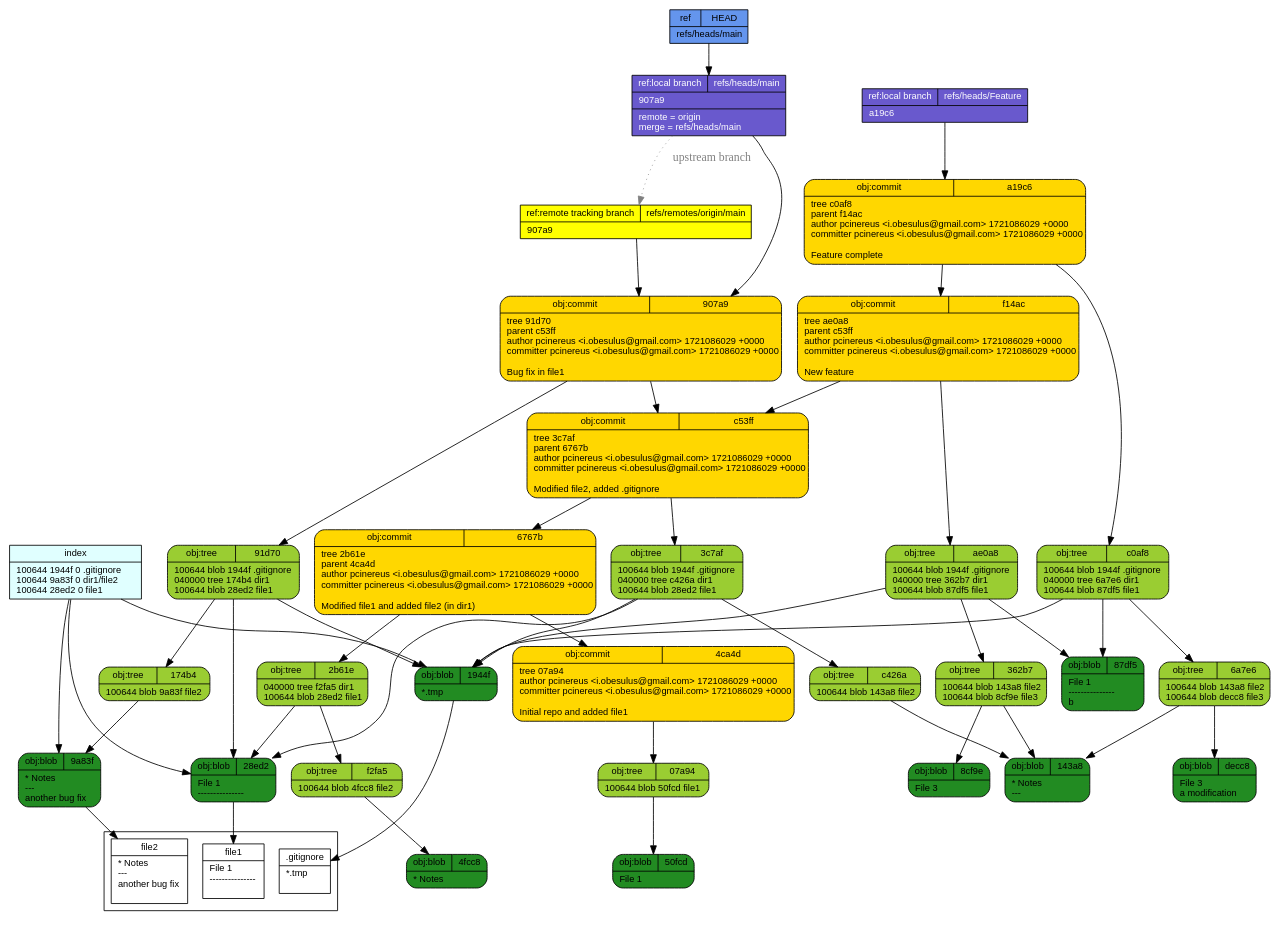
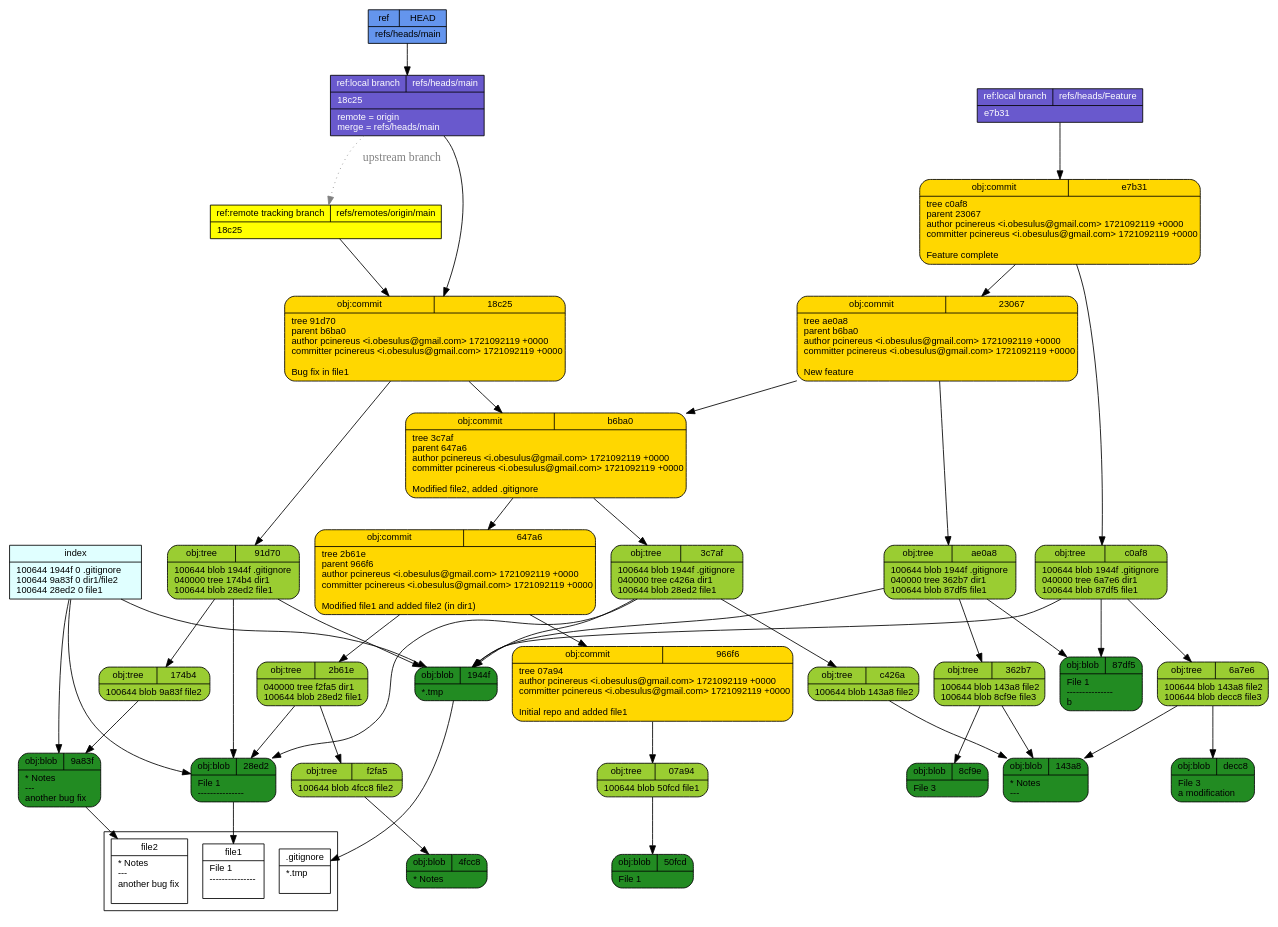
One commit to pcinereus/SUYRs_documents changed the diagram in tut/git-draw.dot. Above: the diagram before and after it, drawn with Graphviz. The commit also changed 631 other files, not shown here.

```diff
--- a/tut/git-draw.dot
+++ b/tut/git-draw.dot
@@ -1,57 +1,57 @@
 digraph structs {
   node [shape=record,fontsize=11,fontname="arial"];
   rankdir="TB";
   _f2fa5 [fillcolor="yellowgreen", style="filled,rounded", label="{{obj:tree|f2fa5}|100644\ blob\ 4fcc8\	file2\l}"]  _f2fa5 -> _4fcc8
+  _966f6 [fillcolor="gold", style="filled,rounded", label="{{obj:commit|966f6}|tree\ 07a94\lauthor\ pcinereus\ \<i\.obesulus\@gmail\.com\>\ 1721092119\ \+0000\lcommitter\ pcinereus\ \<i\.obesulus\@gmail\.com\>\ 1721092119\ \+0000\l\lInitial\ repo\ and\ added\ file1\l}"]  _966f6 -> _07a94
   _07a94 [fillcolor="yellowgreen", style="filled,rounded", label="{{obj:tree|07a94}|100644\ blob\ 50fcd\	file1\l}"]  _07a94 -> _50fcd
+  _b6ba0 [fillcolor="gold", style="filled,rounded", label="{{obj:commit|b6ba0}|tree\ 3c7af\lparent\ 647a6\lauthor\ pcinereus\ \<i\.obesulus\@gmail\.com\>\ 1721092119\ \+0000\lcommitter\ pcinereus\ \<i\.obesulus\@gmail\.com\>\ 1721092119\ \+0000\l\lModified\ file2\,\ added\ \.gitignore\l}"]  _b6ba0 -> _3c7af
+  _b6ba0 -> _647a6
   _143a8 [fillcolor="forestgreen", style="filled,rounded", label="{{obj:blob|143a8}|\*\ Notes\l\-\-\-\l}"]  _c0af8 [fillcolor="yellowgreen", style="filled,rounded", label="{{obj:tree|c0af8}|100644\ blob\ 1944f\	\.gitignore\l040000\ tree\ 6a7e6\	dir1\l100644\ blob\ 87df5\	file1\l}"]  _c0af8 -> _1944f
   _c0af8 -> _6a7e6
   _c0af8 -> _87df5
-  _4fcc8 [fillcolor="forestgreen", style="filled,rounded", label="{{obj:blob|4fcc8}|\*\ Notes\l}"]  _4ca4d [fillcolor="gold", style="filled,rounded", label="{{obj:commit|4ca4d}|tree\ 07a94\lauthor\ pcinereus\ \<i\.obesulus\@gmail\.com\>\ 1721086029\ \+0000\lcommitter\ pcinereus\ \<i\.obesulus\@gmail\.com\>\ 1721086029\ \+0000\l\lInitial\ repo\ and\ added\ file1\l}"]  _4ca4d -> _07a94
-  _c426a [fillcolor="yellowgreen", style="filled,rounded", label="{{obj:tree|c426a}|100644\ blob\ 143a8\	file2\l}"]  _c426a -> _143a8
-  _907a9 [fillcolor="gold", style="filled,rounded", label="{{obj:commit|907a9}|tree\ 91d70\lparent\ c53ff\lauthor\ pcinereus\ \<i\.obesulus\@gmail\.com\>\ 1721086029\ \+0000\lcommitter\ pcinereus\ \<i\.obesulus\@gmail\.com\>\ 1721086029\ \+0000\l\lBug\ fix\ in\ file1\l}"]  _907a9 -> _91d70
-  _907a9 -> _c53ff
-  _1944f [fillcolor="forestgreen", style="filled,rounded", label="{{obj:blob|1944f}|\*\.tmp\l}"]  _50fcd [fillcolor="forestgreen", style="filled,rounded", label="{{obj:blob|50fcd}|File\ 1\l}"]  _6767b [fillcolor="gold", style="filled,rounded", label="{{obj:commit|6767b}|tree\ 2b61e\lparent\ 4ca4d\lauthor\ pcinereus\ \<i\.obesulus\@gmail\.com\>\ 1721086029\ \+0000\lcommitter\ pcinereus\ \<i\.obesulus\@gmail\.com\>\ 1721086029\ \+0000\l\lModified\ file1\ and\ added\ file2\ \(in\ dir1\)\l}"]  _6767b -> _2b61e
-  _6767b -> _4ca4d
-  _f14ac [fillcolor="gold", style="filled,rounded", label="{{obj:commit|f14ac}|tree\ ae0a8\lparent\ c53ff\lauthor\ pcinereus\ \<i\.obesulus\@gmail\.com\>\ 1721086029\ \+0000\lcommitter\ pcinereus\ \<i\.obesulus\@gmail\.com\>\ 1721086029\ \+0000\l\lNew\ feature\l}"]  _f14ac -> _ae0a8
-  _f14ac -> _c53ff
-  _8cf9e [fillcolor="forestgreen", style="filled,rounded", label="{{obj:blob|8cf9e}|File\ 3\l}"]  _91d70 [fillcolor="yellowgreen", style="filled,rounded", label="{{obj:tree|91d70}|100644\ blob\ 1944f\	\.gitignore\l040000\ tree\ 174b4\	dir1\l100644\ blob\ 28ed2\	file1\l}"]  _91d70 -> _1944f
+  _4fcc8 [fillcolor="forestgreen", style="filled,rounded", label="{{obj:blob|4fcc8}|\*\ Notes\l}"]  _c426a [fillcolor="yellowgreen", style="filled,rounded", label="{{obj:tree|c426a}|100644\ blob\ 143a8\	file2\l}"]  _c426a -> _143a8
+  _1944f [fillcolor="forestgreen", style="filled,rounded", label="{{obj:blob|1944f}|\*\.tmp\l}"]  _50fcd [fillcolor="forestgreen", style="filled,rounded", label="{{obj:blob|50fcd}|File\ 1\l}"]  _8cf9e [fillcolor="forestgreen", style="filled,rounded", label="{{obj:blob|8cf9e}|File\ 3\l}"]  _647a6 [fillcolor="gold", style="filled,rounded", label="{{obj:commit|647a6}|tree\ 2b61e\lparent\ 966f6\lauthor\ pcinereus\ \<i\.obesulus\@gmail\.com\>\ 1721092119\ \+0000\lcommitter\ pcinereus\ \<i\.obesulus\@gmail\.com\>\ 1721092119\ \+0000\l\lModified\ file1\ and\ added\ file2\ \(in\ dir1\)\l}"]  _647a6 -> _2b61e
+  _647a6 -> _966f6
+  _91d70 [fillcolor="yellowgreen", style="filled,rounded", label="{{obj:tree|91d70}|100644\ blob\ 1944f\	\.gitignore\l040000\ tree\ 174b4\	dir1\l100644\ blob\ 28ed2\	file1\l}"]  _91d70 -> _1944f
   _91d70 -> _174b4
   _91d70 -> _28ed2
+  _e7b31 [fillcolor="gold", style="filled,rounded", label="{{obj:commit|e7b31}|tree\ c0af8\lparent\ 23067\lauthor\ pcinereus\ \<i\.obesulus\@gmail\.com\>\ 1721092119\ \+0000\lcommitter\ pcinereus\ \<i\.obesulus\@gmail\.com\>\ 1721092119\ \+0000\l\lFeature\ complete\l}"]  _e7b31 -> _c0af8
+  _e7b31 -> _23067
   _9a83f [fillcolor="forestgreen", style="filled,rounded", label="{{obj:blob|9a83f}|\*\ Notes\l\-\-\-\l\ another\ bug\ fix\l}"]  _ae0a8 [fillcolor="yellowgreen", style="filled,rounded", label="{{obj:tree|ae0a8}|100644\ blob\ 1944f\	\.gitignore\l040000\ tree\ 362b7\	dir1\l100644\ blob\ 87df5\	file1\l}"]  _ae0a8 -> _1944f
   _ae0a8 -> _362b7
   _ae0a8 -> _87df5
+  _18c25 [fillcolor="gold", style="filled,rounded", label="{{obj:commit|18c25}|tree\ 91d70\lparent\ b6ba0\lauthor\ pcinereus\ \<i\.obesulus\@gmail\.com\>\ 1721092119\ \+0000\lcommitter\ pcinereus\ \<i\.obesulus\@gmail\.com\>\ 1721092119\ \+0000\l\lBug\ fix\ in\ file1\l}"]  _18c25 -> _91d70
+  _18c25 -> _b6ba0
   _2b61e [fillcolor="yellowgreen", style="filled,rounded", label="{{obj:tree|2b61e}|040000\ tree\ f2fa5\	dir1\l100644\ blob\ 28ed2\	file1\l}"]  _2b61e -> _f2fa5
   _2b61e -> _28ed2
   _87df5 [fillcolor="forestgreen", style="filled,rounded", label="{{obj:blob|87df5}|File\ 1\l\-\-\-\-\-\-\-\-\-\-\-\-\-\-\-\lb\l}"]  _362b7 [fillcolor="yellowgreen", style="filled,rounded", label="{{obj:tree|362b7}|100644\ blob\ 143a8\	file2\l100644\ blob\ 8cf9e\	file3\l}"]  _362b7 -> _143a8
   _362b7 -> _8cf9e
   _3c7af [fillcolor="yellowgreen", style="filled,rounded", label="{{obj:tree|3c7af}|100644\ blob\ 1944f\	\.gitignore\l040000\ tree\ c426a\	dir1\l100644\ blob\ 28ed2\	file1\l}"]  _3c7af -> _1944f
   _3c7af -> _c426a
   _3c7af -> _28ed2
   _28ed2 [fillcolor="forestgreen", style="filled,rounded", label="{{obj:blob|28ed2}|File\ 1\l\-\-\-\-\-\-\-\-\-\-\-\-\-\-\-\l}"]  _6a7e6 [fillcolor="yellowgreen", style="filled,rounded", label="{{obj:tree|6a7e6}|100644\ blob\ 143a8\	file2\l100644\ blob\ decc8\	file3\l}"]  _6a7e6 -> _143a8
   _6a7e6 -> _decc8
   _174b4 [fillcolor="yellowgreen", style="filled,rounded", label="{{obj:tree|174b4}|100644\ blob\ 9a83f\	file2\l}"]  _174b4 -> _9a83f
-  _a19c6 [fillcolor="gold", style="filled,rounded", label="{{obj:commit|a19c6}|tree\ c0af8\lparent\ f14ac\lauthor\ pcinereus\ \<i\.obesulus\@gmail\.com\>\ 1721086029\ \+0000\lcommitter\ pcinereus\ \<i\.obesulus\@gmail\.com\>\ 1721086029\ \+0000\l\lFeature\ complete\l}"]  _a19c6 -> _c0af8
-  _a19c6 -> _f14ac
-  _decc8 [fillcolor="forestgreen", style="filled,rounded", label="{{obj:blob|decc8}|File\ 3\l\ a\ modification\l}"]  _c53ff [fillcolor="gold", style="filled,rounded", label="{{obj:commit|c53ff}|tree\ 3c7af\lparent\ 6767b\lauthor\ pcinereus\ \<i\.obesulus\@gmail\.com\>\ 1721086029\ \+0000\lcommitter\ pcinereus\ \<i\.obesulus\@gmail\.com\>\ 1721086029\ \+0000\l\lModified\ file2\,\ added\ \.gitignore\l}"]  _c53ff -> _3c7af
-  _c53ff -> _6767b
-  _refs___heads___Feature [style=filled, fillcolor=slateblue3, fontcolor = white,  label="{{ref:local branch|refs\/heads\/Feature}|a19c6\l}"]
-  _refs___heads___Feature -> _a19c6
+  _decc8 [fillcolor="forestgreen", style="filled,rounded", label="{{obj:blob|decc8}|File\ 3\l\ a\ modification\l}"]  _23067 [fillcolor="gold", style="filled,rounded", label="{{obj:commit|23067}|tree\ ae0a8\lparent\ b6ba0\lauthor\ pcinereus\ \<i\.obesulus\@gmail\.com\>\ 1721092119\ \+0000\lcommitter\ pcinereus\ \<i\.obesulus\@gmail\.com\>\ 1721092119\ \+0000\l\lNew\ feature\l}"]  _23067 -> _ae0a8
+  _23067 -> _b6ba0
+  _refs___heads___Feature [style=filled, fillcolor=slateblue3, fontcolor = white,  label="{{ref:local branch|refs\/heads\/Feature}|e7b31\l}"]
+  _refs___heads___Feature -> _e7b31
   _refs___heads___main -> _refs___remotes___origin___main [style=dotted, color=gray, fontcolor=gray, label="upstream branch"]
-  _refs___heads___main [style=filled, fillcolor=slateblue3, fontcolor = white,  label="{{ref:local branch|refs\/heads\/main}|907a9\l|remote\ \=\ origin\lmerge\ \=\ refs\/heads\/main\l}"]
-  _refs___heads___main -> _907a9
-  _refs___remotes___origin___main [style=filled, fillcolor=yellow, fontcolor = black,  label="{{ref:remote tracking branch|refs\/remotes\/origin\/main}|907a9\l}"]
-  _refs___remotes___origin___main -> _907a9
+  _refs___heads___main [style=filled, fillcolor=slateblue3, fontcolor = white,  label="{{ref:local branch|refs\/heads\/main}|18c25\l|remote\ \=\ origin\lmerge\ \=\ refs\/heads\/main\l}"]
+  _refs___heads___main -> _18c25
+  _refs___remotes___origin___main [style=filled, fillcolor=yellow, fontcolor = black,  label="{{ref:remote tracking branch|refs\/remotes\/origin\/main}|18c25\l}"]
+  _refs___remotes___origin___main -> _18c25
   _HEAD [style=filled, fillcolor=cornflowerblue, fontcolor=black,  label="{{ref|HEAD}|refs\/heads\/main\l}"]
   _HEAD -> _refs___heads___main
   index -> _1944f
   index -> _9a83f
   index -> _28ed2
   index [style=filled, fillcolor=lightcyan, label="{{index}|100644\ 1944f\ 0\	\.gitignore\l100644\ 9a83f\ 0\	dir1\/file2\l100644\ 28ed2\ 0\	file1\l}"]
 subgraph cluster_1 {rank=sink  _gitignore [fillcolor="white", label="{{.gitignore}|*.tmp\l\l}"] 
   _file2 [fillcolor="white", label="{{file2}|* Notes\l---\l another bug fix\l\l}"] 
   _file1 [fillcolor="white", label="{{file1}|File 1\l---------------\l\l}"] 
 }
  _1944f -> _gitignore
  _9a83f -> _file2
  _28ed2 -> _file1
 }
```
